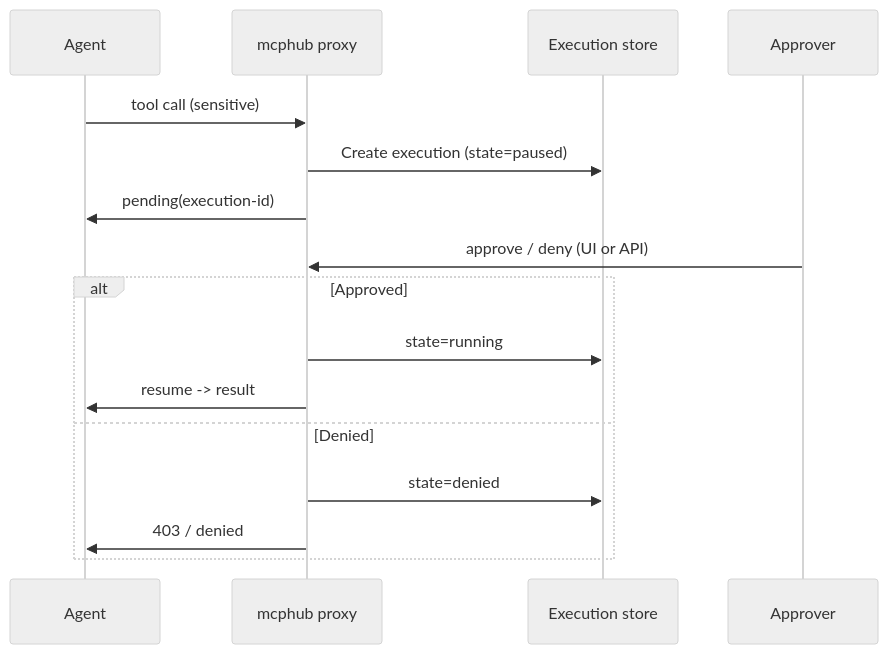
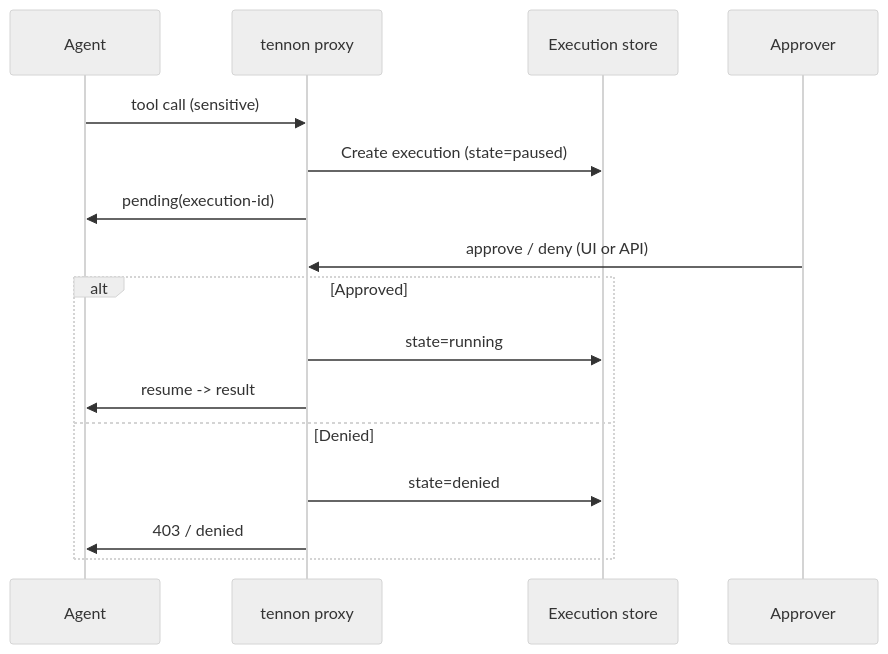
The fifth of 5 diagrams in docs/README.md (yurifrl/tennon), drawn with Mermaid (neutral theme) before and after one commit. The commit also changed other lines of this file and 77 other files, not shown here.

````diff
--- a/docs/README.md
+++ b/docs/README.md
@@ -2094,19 +2094,19 @@
 ```mermaid
 sequenceDiagram
     participant Agent
-    participant Proxy as mcphub proxy
+    participant Proxy as tennon proxy
     participant Store as Execution store
     participant Approver
 
     Agent->>Proxy: tool call (sensitive)
     Proxy->>Store: Create execution (state=paused)
     Proxy->>Agent: pending(execution-id)
     Approver->>Proxy: approve / deny (UI or API)
     alt Approved
         Proxy->>Store: state=running
         Proxy->>Agent: resume -> result
     else Denied
         Proxy->>Store: state=denied
         Proxy->>Agent: 403 / denied
     end
 ```
````
